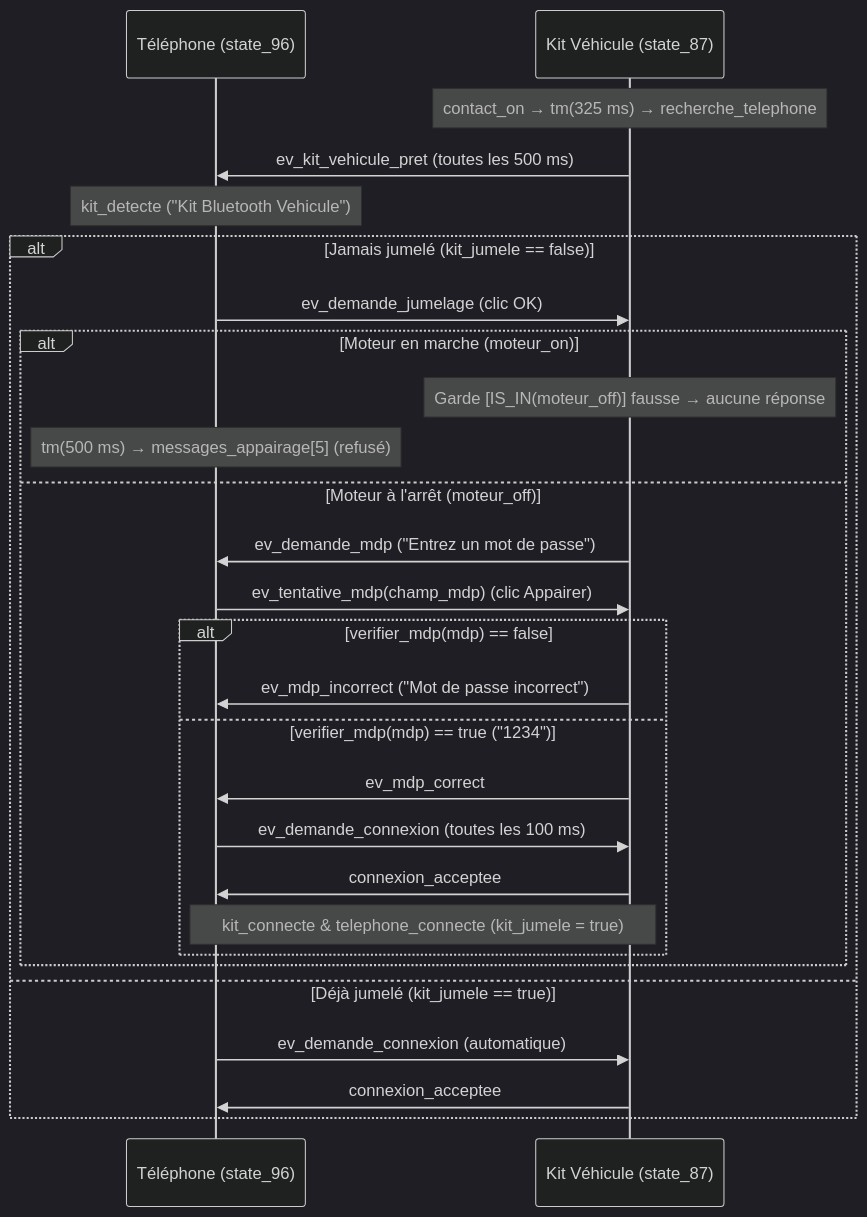
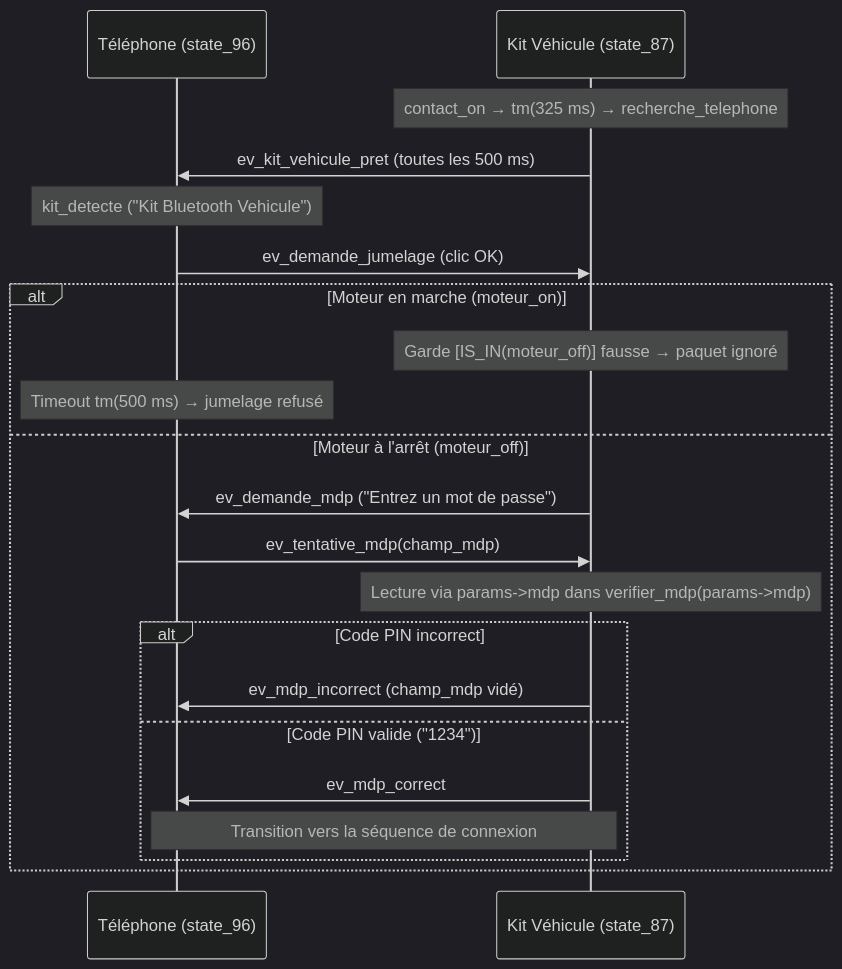
One commit to benoitdekeyn/E4SE_TD_TP changed the third of 10 diagrams in systemes_evenements_discrets/Rapport/Rapport.md. Above: the diagram before and after it, drawn with Mermaid (dark theme). The commit also changed other lines of this file and 2 other files, not shown here.

````diff
--- a/systemes_evenements_discrets/Rapport/Rapport.md
+++ b/systemes_evenements_discrets/Rapport/Rapport.md
@@ -440,31 +462,25 @@
 ```mermaid
 sequenceDiagram
     participant Tel as Téléphone (state_96)
     participant Kit as Kit Véhicule (state_87)
 
     Note over Kit: contact_on → tm(325 ms) → recherche_telephone
     Kit->>Tel: ev_kit_vehicule_pret (toutes les 500 ms)
     Note over Tel: kit_detecte ("Kit Bluetooth Vehicule")
+    Tel->>Kit: ev_demande_jumelage (clic OK)
 
-    alt Jamais jumelé (kit_jumele == false)
-        Tel->>Kit: ev_demande_jumelage (clic OK)
-        alt Moteur en marche (moteur_on)
-            Note over Kit: Garde [IS_IN(moteur_off)] fausse → aucune réponse
-            Note over Tel: tm(500 ms) → messages_appairage[5] (refusé)
-        else Moteur à l'arrêt (moteur_off)
-            Kit->>Tel: ev_demande_mdp ("Entrez un mot de passe")
-            Tel->>Kit: ev_tentative_mdp(champ_mdp) (clic Appairer)
-            alt verifier_mdp(mdp) == false
-                Kit->>Tel: ev_mdp_incorrect ("Mot de passe incorrect")
-            else verifier_mdp(mdp) == true ("1234")
-                Kit->>Tel: ev_mdp_correct
-                Tel->>Kit: ev_demande_connexion (toutes les 100 ms)
-                Kit->>Tel: connexion_acceptee
-                Note over Tel,Kit: kit_connecte & telephone_connecte (kit_jumele = true)
-            end
+    alt Moteur en marche (moteur_on)
+        Note over Kit: Garde [IS_IN(moteur_off)] fausse → paquet ignoré
+        Note over Tel: Timeout tm(500 ms) → jumelage refusé
+    else Moteur à l'arrêt (moteur_off)
+        Kit->>Tel: ev_demande_mdp ("Entrez un mot de passe")
+        Tel->>Kit: ev_tentative_mdp(champ_mdp)
+        Note over Kit: Lecture via params->mdp dans verifier_mdp(params->mdp)
+        alt Code PIN incorrect
+            Kit->>Tel: ev_mdp_incorrect (champ_mdp vidé)
+        else Code PIN valide ("1234")
+            Kit->>Tel: ev_mdp_correct
+            Note over Tel,Kit: Transition vers la séquence de connexion
         end
-    else Déjà jumelé (kit_jumele == true)
-        Tel->>Kit: ev_demande_connexion (automatique)
-        Kit->>Tel: connexion_acceptee
     end
 ```
````
